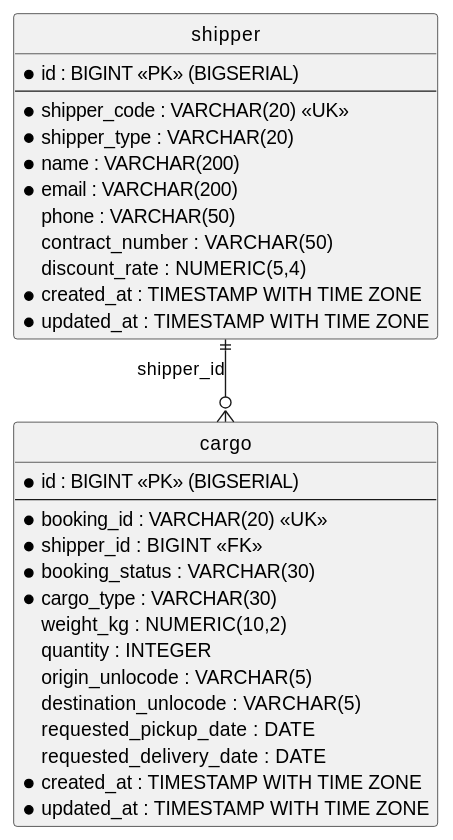
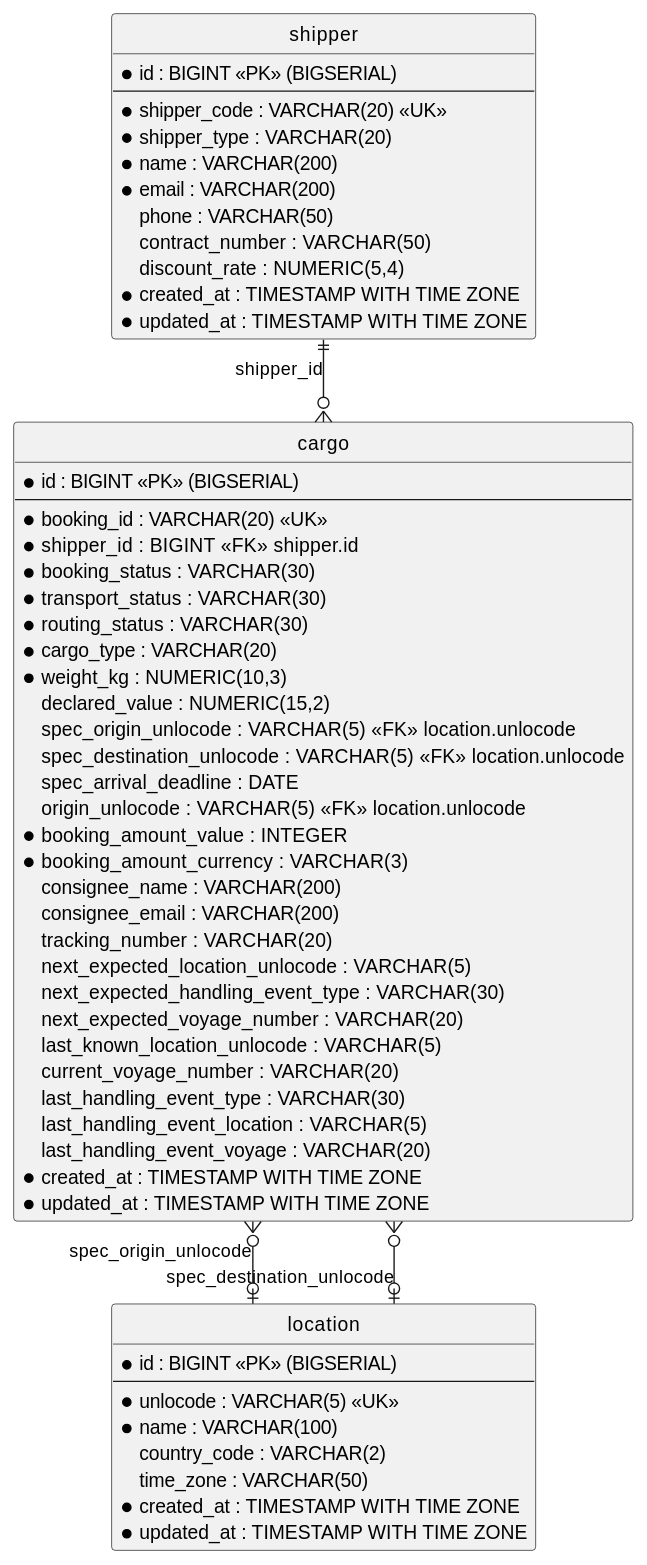
One commit to k2works/case-study-cargo-tracker changed the fourth of 6 diagrams in docs/development/iteration_plan-1.md. Above: the diagram before and after it, drawn with PlantUML. The commit also changed other lines of this file, not shown here.

Commit message:
docs: IT1 計画のデータモデルを data-model.md と完全突合
location テーブル追加、cargo の全カラム（transport_status・routing_status・
spec_origin/destination_unlocode・booking_amount 等）を data-model.md に準拠して反映。

````diff
--- a/docs/development/iteration_plan-1.md
+++ b/docs/development/iteration_plan-1.md
@@ -275,40 +277,68 @@
 ```plantuml
 @startuml
 hide circle
 skinparam linetype ortho
+
+entity "location" as loc {
+  *id : BIGINT <<PK>> (BIGSERIAL)
+  --
+  *unlocode : VARCHAR(5) <<UK>>
+  *name : VARCHAR(100)
+  country_code : VARCHAR(2)
+  time_zone : VARCHAR(50)
+  *created_at : TIMESTAMP WITH TIME ZONE
+  *updated_at : TIMESTAMP WITH TIME ZONE
+}
 
 entity "shipper" as s {
   *id : BIGINT <<PK>> (BIGSERIAL)
   --
   *shipper_code : VARCHAR(20) <<UK>>
   *shipper_type : VARCHAR(20)
   *name : VARCHAR(200)
   *email : VARCHAR(200)
   phone : VARCHAR(50)
   contract_number : VARCHAR(50)
   discount_rate : NUMERIC(5,4)
   *created_at : TIMESTAMP WITH TIME ZONE
   *updated_at : TIMESTAMP WITH TIME ZONE
 }
 
 entity "cargo" as c {
   *id : BIGINT <<PK>> (BIGSERIAL)
   --
   *booking_id : VARCHAR(20) <<UK>>
-  *shipper_id : BIGINT <<FK>>
+  *shipper_id : BIGINT <<FK>> shipper.id
   *booking_status : VARCHAR(30)
-  *cargo_type : VARCHAR(30)
-  weight_kg : NUMERIC(10,2)
-  quantity : INTEGER
-  origin_unlocode : VARCHAR(5)
-  destination_unlocode : VARCHAR(5)
-  requested_pickup_date : DATE
-  requested_delivery_date : DATE
+  *transport_status : VARCHAR(30)
+  *routing_status : VARCHAR(30)
+  *cargo_type : VARCHAR(20)
+  *weight_kg : NUMERIC(10,3)
+  declared_value : NUMERIC(15,2)
+  spec_origin_unlocode : VARCHAR(5) <<FK>> location.unlocode
+  spec_destination_unlocode : VARCHAR(5) <<FK>> location.unlocode
+  spec_arrival_deadline : DATE
+  origin_unlocode : VARCHAR(5) <<FK>> location.unlocode
+  *booking_amount_value : INTEGER
+  *booking_amount_currency : VARCHAR(3)
+  consignee_name : VARCHAR(200)
+  consignee_email : VARCHAR(200)
+  tracking_number : VARCHAR(20)
+  next_expected_location_unlocode : VARCHAR(5)
+  next_expected_handling_event_type : VARCHAR(30)
+  next_expected_voyage_number : VARCHAR(20)
+  last_known_location_unlocode : VARCHAR(5)
+  current_voyage_number : VARCHAR(20)
+  last_handling_event_type : VARCHAR(30)
+  last_handling_event_location : VARCHAR(5)
+  last_handling_event_voyage : VARCHAR(20)
   *created_at : TIMESTAMP WITH TIME ZONE
   *updated_at : TIMESTAMP WITH TIME ZONE
 }
 
 s ||--o{ c : shipper_id
+c }o--o| loc : spec_origin_unlocode
+c }o--o| loc : spec_destination_unlocode
 
 @enduml
 ```
````
